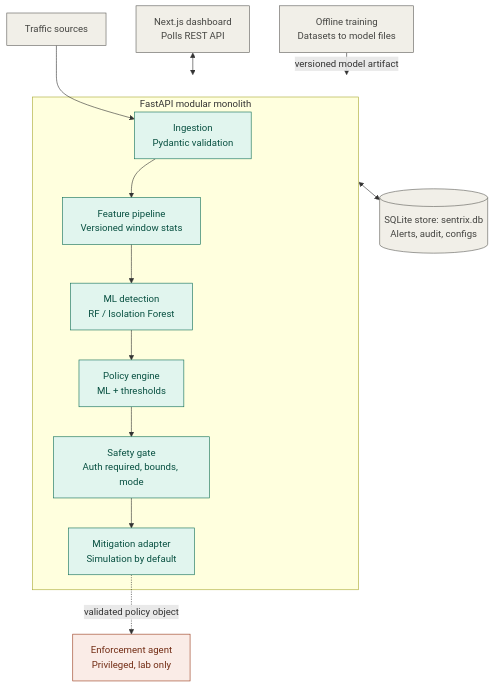
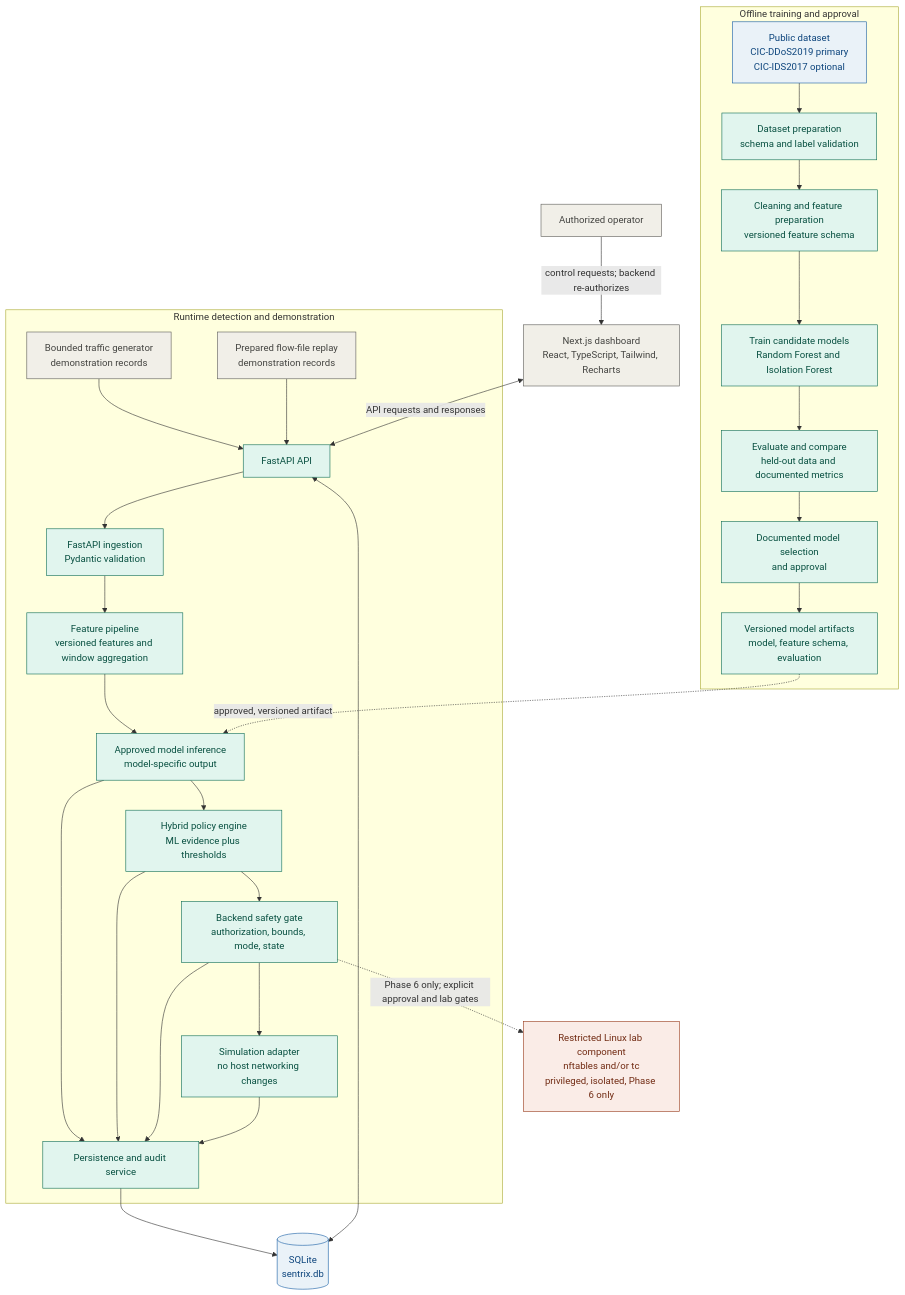
The first of 2 diagrams in SYSTEM_ARCHITECTURE.md (Dishant7778575767/DDoS-Detection-and-Mitigation-Simulator), drawn with Mermaid before and after one commit. The commit also changed other lines of this file and 37 other files, not shown here.

````diff
--- a/SYSTEM_ARCHITECTURE.md
+++ b/SYSTEM_ARCHITECTURE.md
@@ -5,34 +17,58 @@
 ```mermaid
 flowchart TB
-    TS["Traffic sources"]
-    DASH["Next.js dashboard<br/>Polls REST API"]
-
-    subgraph API["FastAPI modular monolith"]
-        ING["Ingestion<br/>Pydantic validation"]
-        FEAT["Feature pipeline<br/>Versioned window stats"]
-        ML["ML detection<br/>RF / Isolation Forest"]
-        POL["Policy engine<br/>ML + thresholds"]
-        GATE["Safety gate<br/>Auth required, bounds, mode"]
-        ADP["Mitigation adapter<br/>Simulation by default"]
-
-        ING --> FEAT --> ML --> POL --> GATE --> ADP
+    subgraph OFFLINE["Offline training and approval"]
+        DATA["Public dataset<br/>CIC-DDoS2019 primary<br/>CIC-IDS2017 optional"]
+        PREP["Dataset preparation<br/>schema and label validation"]
+        CLEAN["Cleaning and feature preparation<br/>versioned feature schema"]
+        TRAIN["Train candidate models<br/>Random Forest and Isolation Forest"]
+        EVAL["Evaluate and compare<br/>held-out data and documented metrics"]
+        APPROVE["Documented model selection<br/>and approval"]
+        ARTIFACT["Versioned model artifacts<br/>model, feature schema, evaluation"]
+        DATA --> PREP --> CLEAN --> TRAIN --> EVAL --> APPROVE --> ARTIFACT
     end
 
-    DB[("SQLite store: sentrix.db<br/>Alerts, audit, configs")]
-    TRAIN["Offline training<br/>Datasets to model files"]
-    ENF["Enforcement agent<br/>Privileged, lab only"]
+    subgraph RUNTIME["Runtime detection and demonstration"]
+        GEN["Bounded traffic generator<br/>demonstration records"]
+        REPLAY["Prepared flow-file replay<br/>demonstration records"]
+        ING["FastAPI ingestion<br/>Pydantic validation"]
+        FEAT["Feature pipeline<br/>versioned features and window aggregation"]
+        INF["Approved model inference<br/>model-specific output"]
+        POLICY["Hybrid policy engine<br/>ML evidence plus thresholds"]
+        GATE["Backend safety gate<br/>authorization, bounds, mode, state"]
+        SIM["Simulation adapter<br/>no host networking changes"]
+        API["FastAPI API"]
+        STORE["Persistence and audit service"]
 
-    TS --> ING
-    DASH <--> API
+        GEN --> API
+        REPLAY --> API
+        API --> ING
+        ING --> FEAT --> INF --> POLICY --> GATE
+        GATE --> SIM
+        INF --> STORE
+        POLICY --> STORE
+        GATE --> STORE
+        SIM --> STORE
+    end
+
+    DB[("SQLite<br/>sentrix.db")]
+    DASH["Next.js dashboard<br/>React, TypeScript, Tailwind, Recharts"]
+    OP["Authorized operator"]
+    LAB["Restricted Linux lab component<br/>nftables and/or tc<br/>privileged, isolated, Phase 6 only"]
+
+    ARTIFACT -.->|"approved, versioned artifact"| INF
+    STORE --> DB
     API <--> DB
-    TRAIN -->|"versioned model artifact"| API
-    ADP -.->|"validated policy object"| ENF
+    DASH <-->|"API requests and responses"| API
+    OP -->|"control requests; backend re-authorizes"| DASH
+    GATE -.->|"Phase 6 only; explicit approval and lab gates"| LAB
 
     classDef core fill:#E1F5EE,stroke:#0F6E56,color:#085041;
+    classDef boundary fill:#F1EFE8,stroke:#5F5E5A,color:#444441;
     classDef lab fill:#FAECE7,stroke:#993C1D,color:#712B13;
-    classDef neutral fill:#F1EFE8,stroke:#5F5E5A,color:#444441;
+    classDef data fill:#EAF2F8,stroke:#185FA5,color:#0C447C;
 
-    class ING,FEAT,ML,POL,GATE,ADP core;
-    class ENF lab;
-    class TS,DASH,DB,TRAIN neutral;
+    class PREP,CLEAN,TRAIN,EVAL,APPROVE,ARTIFACT,ING,FEAT,INF,POLICY,GATE,SIM,API,STORE core;
+    class GEN,REPLAY,DASH,OP boundary;
+    class LAB lab;
+    class DATA,DB data;
 ```
````
